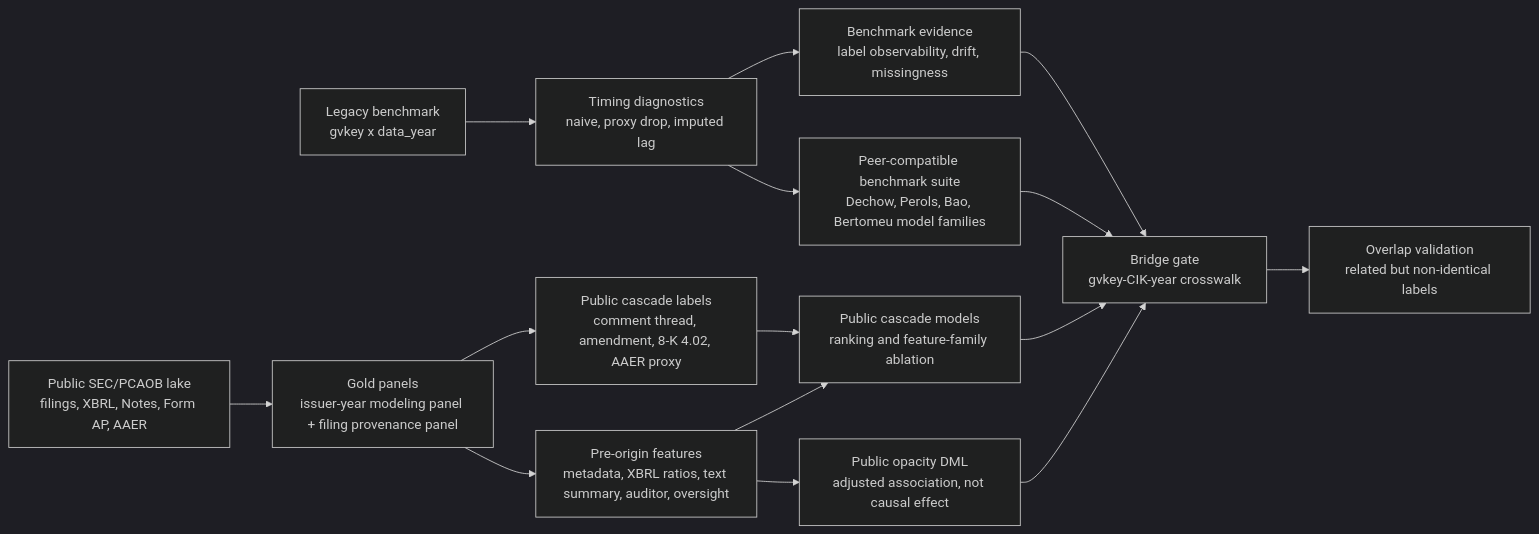
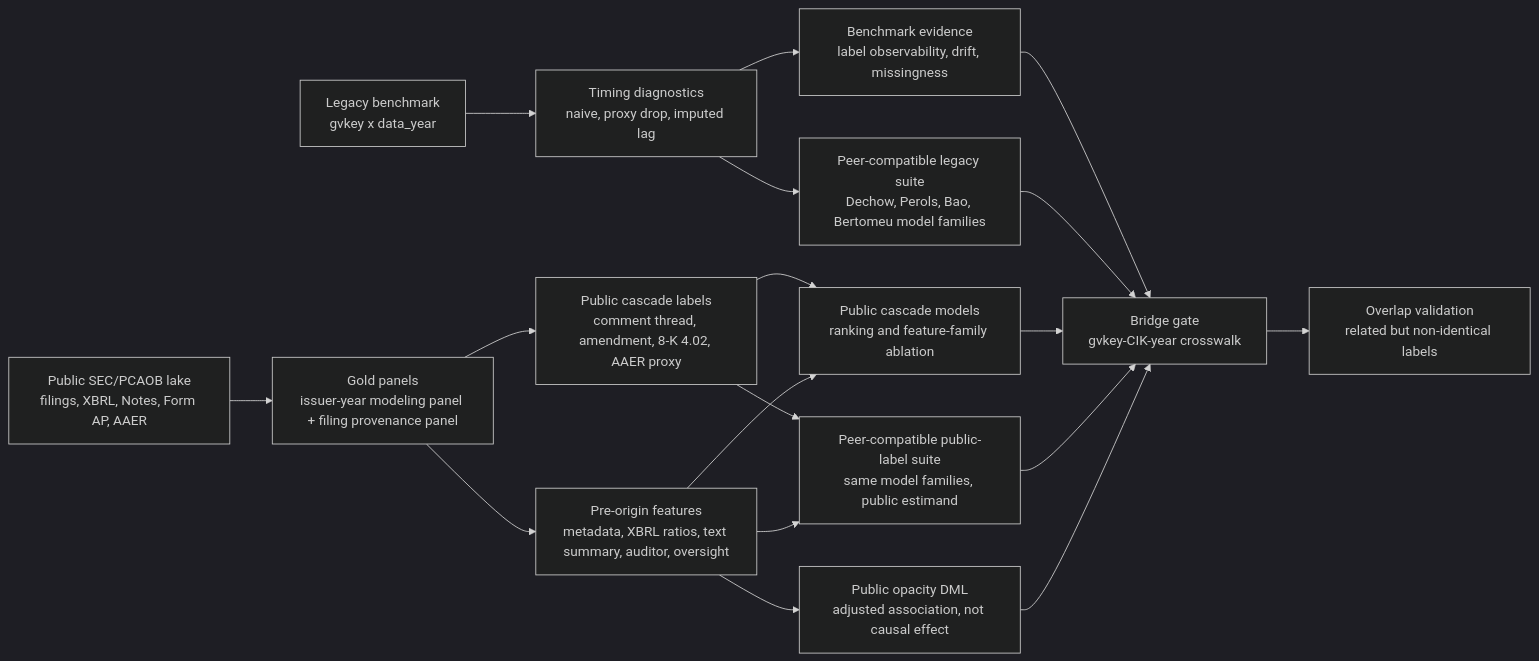
Before and after one commit to TY-Cheng/reporting-risk-cascade: the first of 5 diagrams in docs/results_snapshot.md, drawn with Mermaid (dark theme). The commit also changed other lines of this file and 5 other files, not shown here.

````diff
--- a/docs/results_snapshot.md
+++ b/docs/results_snapshot.md
@@ -33,19 +181,22 @@
 ```mermaid
 flowchart LR
     A["Legacy benchmark<br/>gvkey x data_year"] --> B["Timing diagnostics<br/>naive, proxy drop, imputed lag"]
     B --> C["Benchmark evidence<br/>label observability, drift, missingness"]
-    B --> P["Peer-compatible benchmark suite<br/>Dechow, Perols, Bao, Bertomeu model families"]
+    B --> P["Peer-compatible legacy suite<br/>Dechow, Perols, Bao, Bertomeu model families"]
 
     D["Public SEC/PCAOB lake<br/>filings, XBRL, Notes, Form AP, AAER"] --> E["Gold panels<br/>issuer-year modeling panel + filing provenance panel"]
     E --> F["Public cascade labels<br/>comment thread, amendment, 8-K 4.02, AAER proxy"]
     E --> G["Pre-origin features<br/>metadata, XBRL ratios, text summary, auditor, oversight"]
     F --> H["Public cascade models<br/>ranking and feature-family ablation"]
+    F --> Q["Peer-compatible public-label suite<br/>same model families, public estimand"]
     G --> H
+    G --> Q
     G --> I["Public opacity DML<br/>adjusted association, not causal effect"]
 
     C --> J["Bridge gate<br/>gvkey-CIK-year crosswalk"]
     P --> J
     H --> J
+    Q --> J
     I --> J
     J --> K["Overlap validation<br/>related but non-identical labels"]
 ```
````
